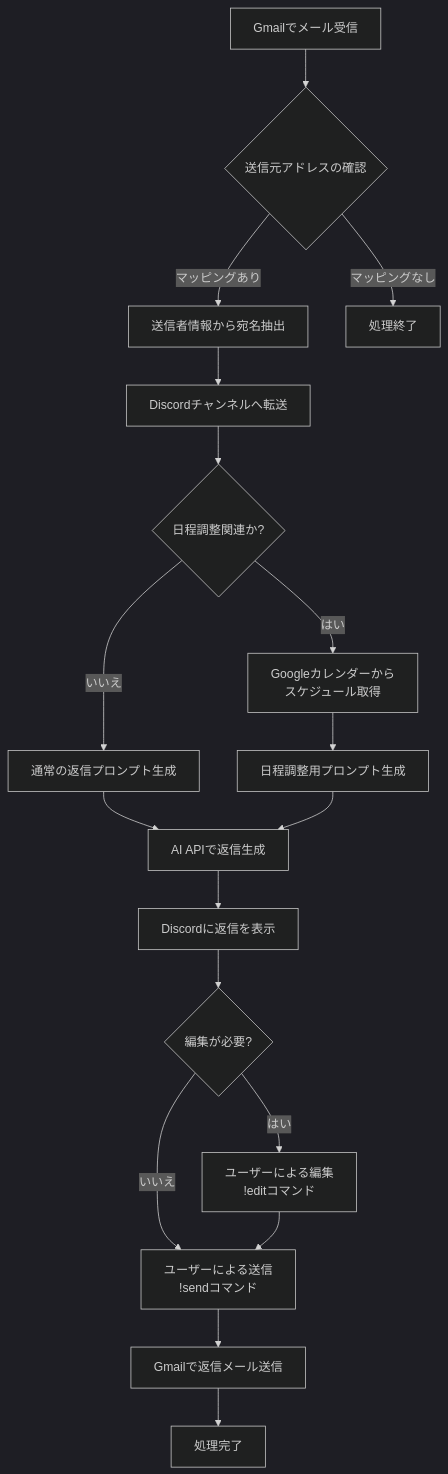
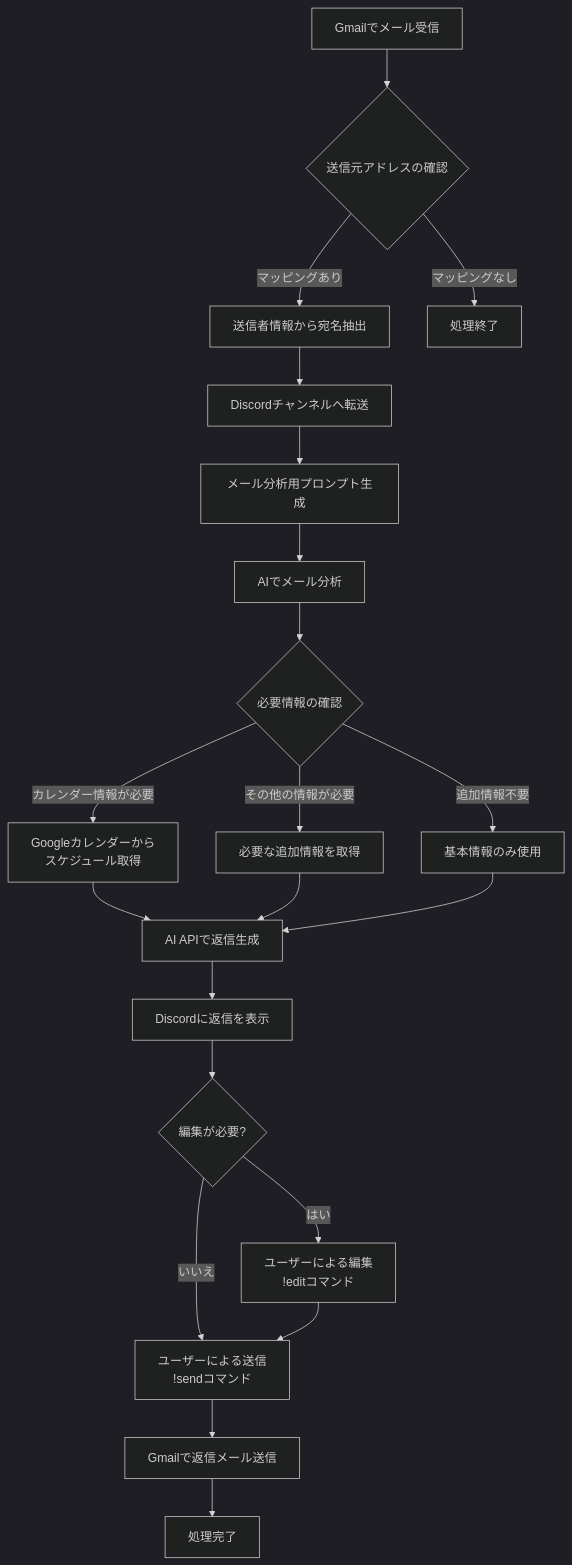
One commit to YUiCHI-Ai/gmail-discord-ai-responder changed the diagram in README.md. Above: the diagram before and after it, drawn with Mermaid (dark theme). The commit also changed other lines of this file and 9 other files, not shown here.

````diff
--- a/README.md
+++ b/README.md
@@ -278,20 +281,23 @@
 ```mermaid
 flowchart TD
     A[Gmailでメール受信] --> B{送信元アドレスの確認}
     B -->|マッピングあり| C[送信者情報から宛名抽出]
     B -->|マッピングなし| Z[処理終了]
     C --> D[Discordチャンネルへ転送]
-    D --> E{日程調整関連か?}
-    E -->|はい| F[Googleカレンダーから\nスケジュール取得]
-    E -->|いいえ| G[通常の返信プロンプト生成]
-    F --> H[日程調整用プロンプト生成]
-    G --> I[AI APIで返信生成]
-    H --> I
-    I --> J[Discordに返信を表示]
-    J --> L{編集が必要?}
-    L -->|はい| M[ユーザーによる編集\n!editコマンド]
-    L -->|いいえ| N[ユーザーによる送信\n!sendコマンド]
-    M --> N
-    N --> O[Gmailで返信メール送信]
-    O --> P[処理完了]
+    D --> E[メール分析用プロンプト生成]
+    E --> F[AIでメール分析]
+    F --> G{必要情報の確認}
+    G -->|カレンダー情報が必要| H[Googleカレンダーから\nスケジュール取得]
+    G -->|その他の情報が必要| I[必要な追加情報を取得]
+    G -->|追加情報不要| J[基本情報のみ使用]
+    H --> K[AI APIで返信生成]
+    I --> K
+    J --> K
+    K --> L[Discordに返信を表示]
+    L --> M{編集が必要?}
+    M -->|はい| N[ユーザーによる編集\n!editコマンド]
+    M -->|いいえ| O[ユーザーによる送信\n!sendコマンド]
+    N --> O
+    O --> P[Gmailで返信メール送信]
+    P --> Q[処理完了]
 ```
````
